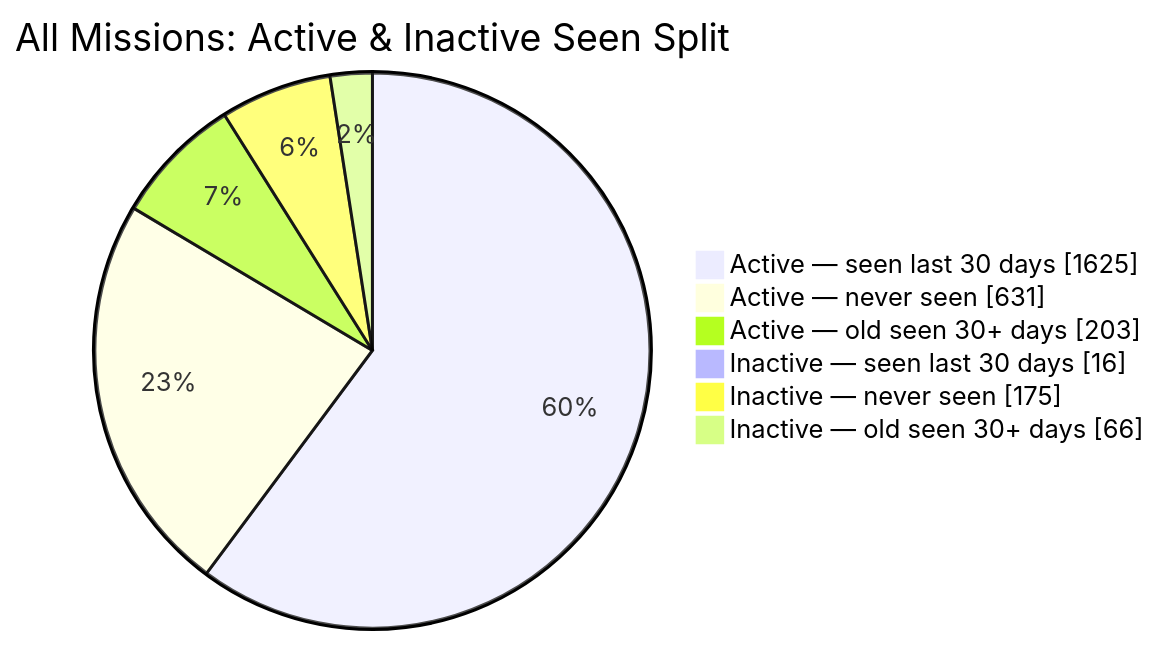
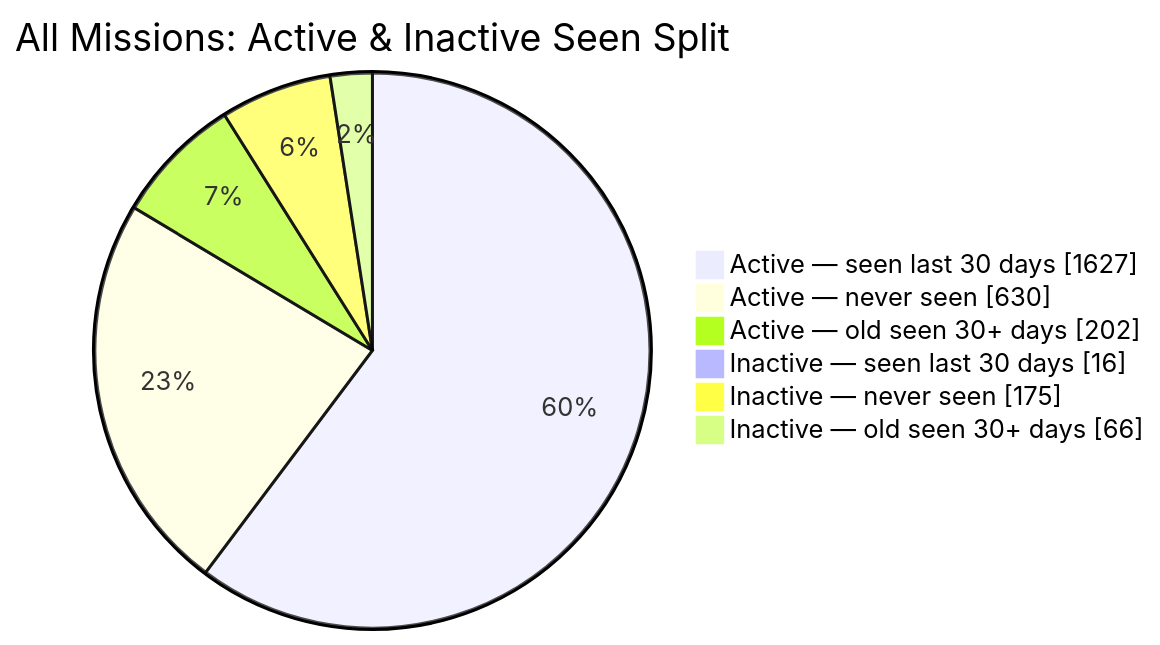
The second of 2 diagrams in README.md (MeldkamerspelGameTeam/active-missions), drawn with Mermaid before and after one commit. The commit also changed other lines of this file and 3 other files, not shown here.

````diff
--- a/README.md
+++ b/README.md
@@ -44,10 +44,10 @@
 ```mermaid
 pie showData
     title All Missions: Active & Inactive Seen Split
-    "Active — seen last 30 days" : 1625
-    "Active — never seen" : 631
-    "Active — old seen 30+ days" : 203
+    "Active — seen last 30 days" : 1627
+    "Active — never seen" : 630
+    "Active — old seen 30+ days" : 202
     "Inactive — seen last 30 days" : 16
     "Inactive — never seen" : 175
     "Inactive — old seen 30+ days" : 66
 ```
````
